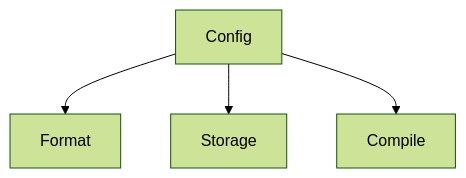
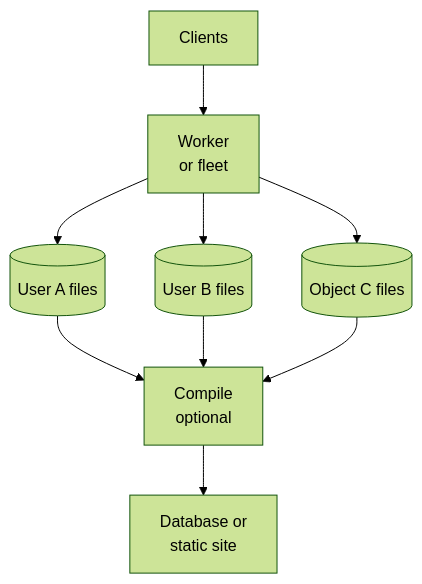
One commit to bristweb/yafidb changed the diagram in README.md. Above: the diagram before and after it, drawn with Mermaid (forest theme). The commit also changed other lines of this file and 8 other files, not shown here.

Commit message:
Rewrite README for clarity; move config to docs; add static-site guide; git storage under reconsideration

````diff
--- a/README.md
+++ b/README.md
@@ -11,6 +9,11 @@
 ```mermaid
 flowchart TB
-    C[Config] --> F[Format]
-    C --> S[Storage]
-    C --> D[Compile]
+    C[Clients] --> W[Worker<br/>or fleet]
+    W --> A[(User A files)]
+    W --> B[(User B files)]
+    W --> O[(Object C files)]
+    A --> D[Compile<br/>optional]
+    B --> D
+    O --> D
+    D --> V[Database or<br/>static site]
 ```
````
